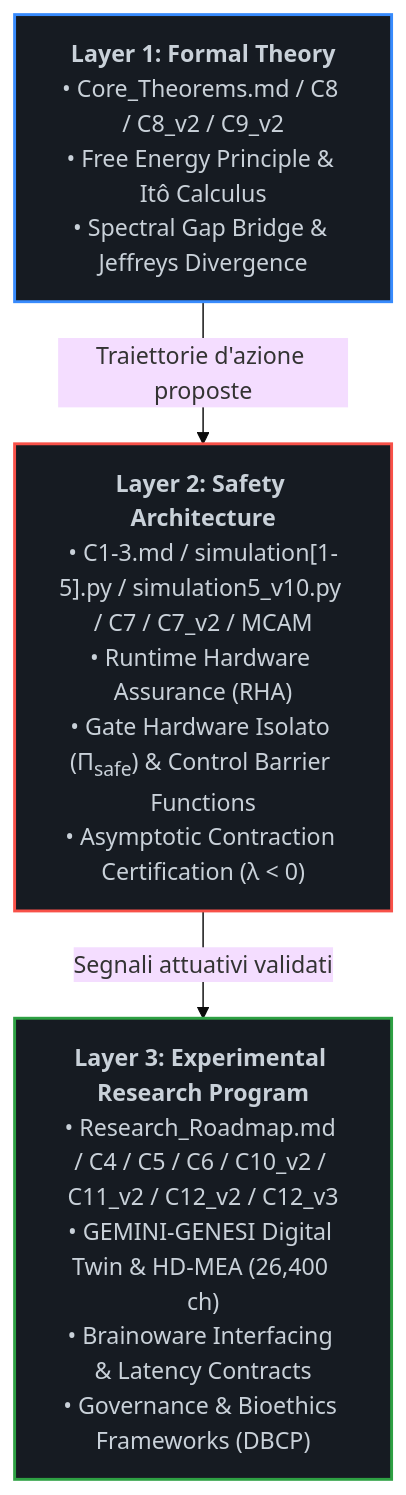
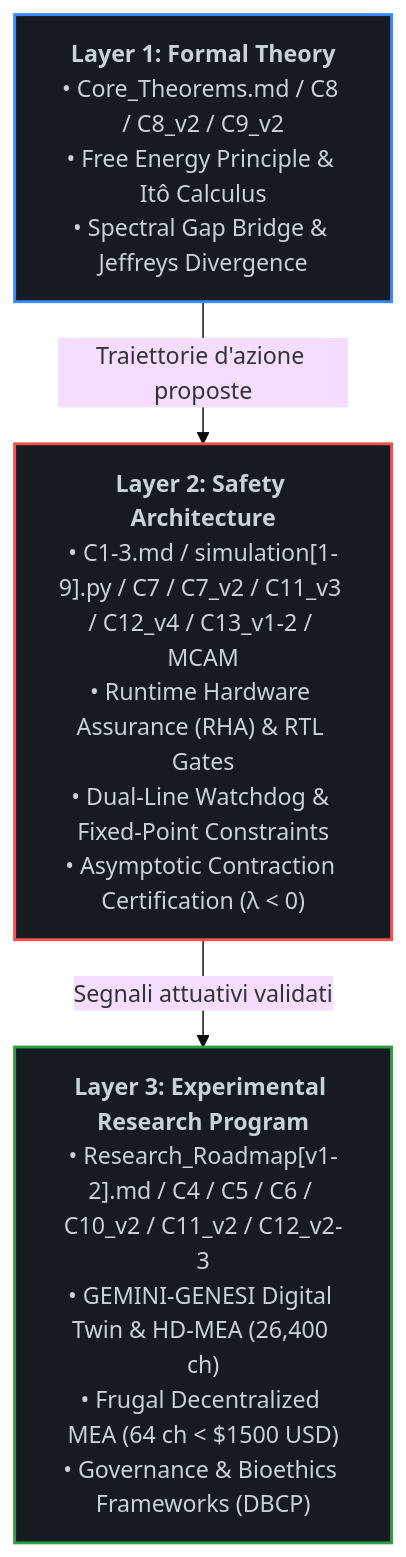
Before and after one commit to NagualTolteco/asi-alignment-invariant: the diagram in README.md, drawn with Mermaid (base theme). The commit also changed other lines of this file and 11 other files, not shown here.

````diff
--- a/README.md
+++ b/README.md
@@ -36,16 +37,16 @@
 ```mermaid
 graph TD
     %% Definizione dei nodi con formattazione HTML compatibile con GitHub Mermaid
     L1["<b>Layer 1: Formal Theory</b><br>• Core_Theorems.md / C8 / C8_v2 / C9_v2<br>• Free Energy Principle & Itô Calculus<br>• Spectral Gap Bridge & Jeffreys Divergence"]
-    L2["<b>Layer 2: Safety Architecture</b><br>• C1-3.md / simulation[1-5].py / simulation5_v10.py / C7 / C7_v2 / MCAM<br>• Runtime Hardware Assurance (RHA)<br>• Gate Hardware Isolato (Π<sub>safe</sub>) & Control Barrier Functions<br>• Asymptotic Contraction Certification (λ < 0)"]
-    L3["<b>Layer 3: Experimental Research Program</b><br>• Research_Roadmap.md / C4 / C5 / C6 / C10_v2 / C11_v2 / C12_v2 / C12_v3<br>• GEMINI-GENESI Digital Twin & HD-MEA (26,400 ch)<br>• Brainoware Interfacing & Latency Contracts<br>• Governance & Bioethics Frameworks (DBCP)"]
+    L2["<b>Layer 2: Safety Architecture</b><br>• C1-3.md / simulation[1-9].py / C7 / C7_v2 / C11_v3 / C12_v4 / C13_v1-2 / MCAM<br>• Runtime Hardware Assurance (RHA) & RTL Gates<br>• Dual-Line Watchdog & Fixed-Point Constraints<br>• Asymptotic Contraction Certification (λ < 0)"]
+    L3["<b>Layer 3: Experimental Research Program</b><br>• Research_Roadmap[v1-2].md / C4 / C5 / C6 / C10_v2 / C11_v2 / C12_v2-3<br>• GEMINI-GENESI Digital Twin & HD-MEA (26,400 ch)<br>• Frugal Decentralized MEA (64 ch < $1500 USD)<br>• Governance & Bioethics Frameworks (DBCP)"]
 
     %% Flusso unidirezionale dei segnali
     L1 -->|Traiettorie d'azione proposte| L2
     L2 -->|Segnali attuativi validati| L3
 
     %% Stile industriale scuro con bordi tematici (Blu = Teoria, Rosso = Sicurezza/Gate, Verde = Biologia)
     style L1 fill:#161b22,stroke:#388bfd,stroke-width:2px,color:#c9d1d9
     style L2 fill:#161b22,stroke:#f85149,stroke-width:2px,color:#c9d1d9
     style L3 fill:#161b22,stroke:#2ea043,stroke-width:2px,color:#c9d1d9
 ```
````
